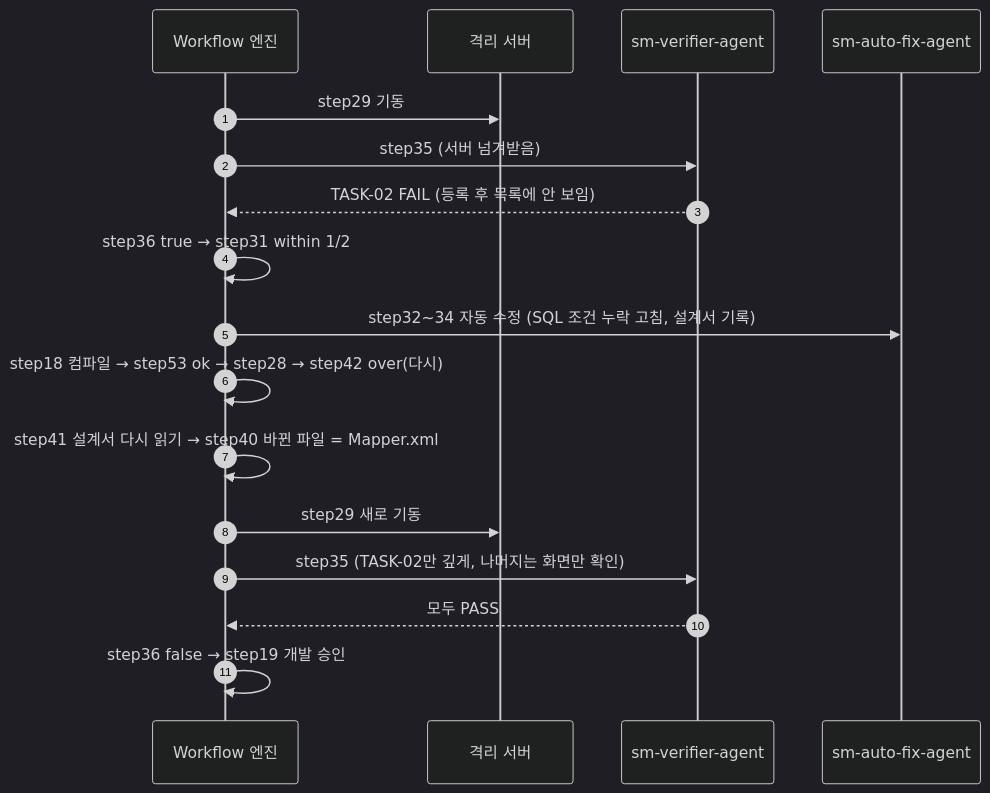
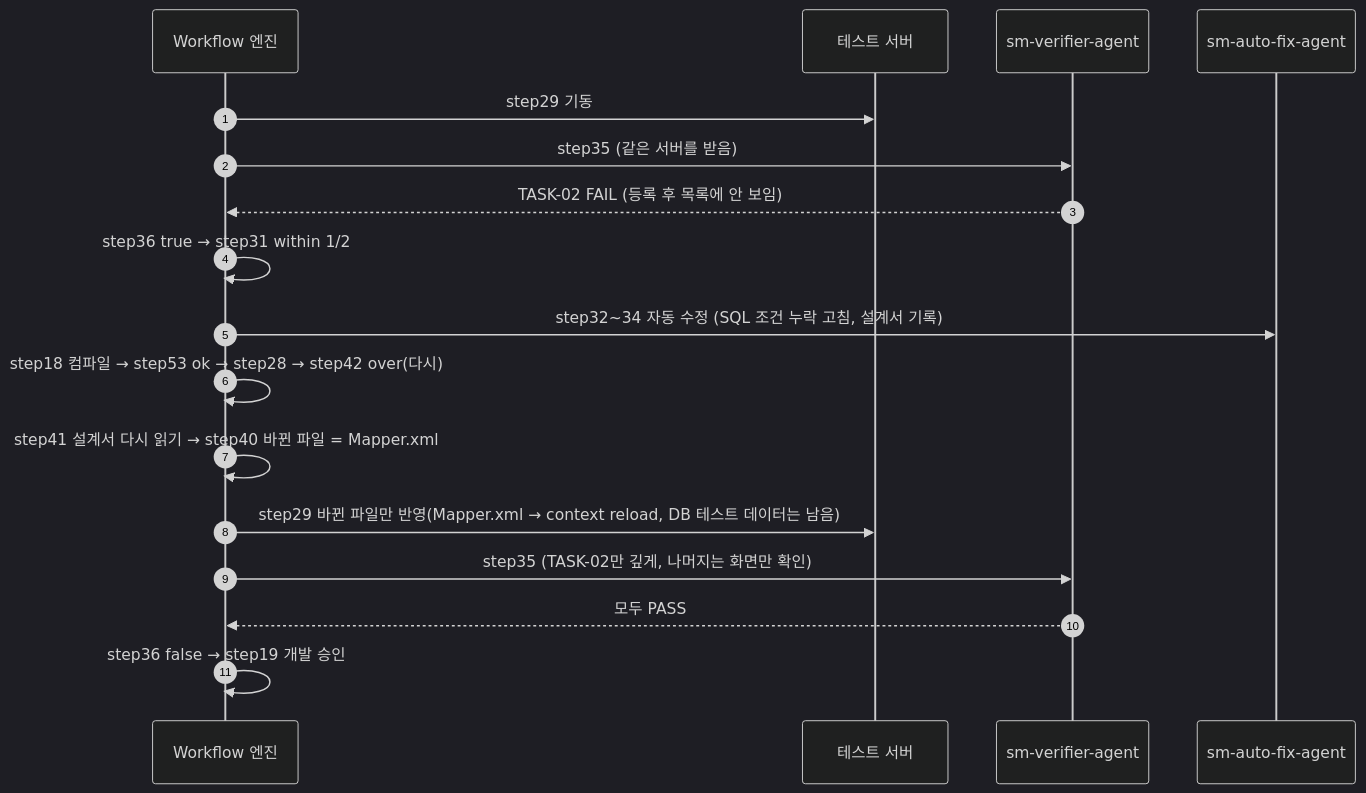
Diagram 23 of 24 in docs/09.dstone-ai-engine-sm-workflow.md (YongSoekChoeng/dstone), drawn with Mermaid (dark theme) before and after one commit. The commit also changed other lines of this file and 55 other files, not shown here.

````diff
--- a/docs/09.dstone-ai-engine-sm-workflow.md
+++ b/docs/09.dstone-ai-engine-sm-workflow.md
@@ -1678,19 +1671,19 @@
 ```mermaid
 sequenceDiagram
     autonumber
     participant WF as Workflow 엔진
-    participant SB as 격리 서버
+    participant SB as 테스트 서버
     participant VF as sm-verifier-agent
     participant FX as sm-auto-fix-agent
     WF->>SB: step29 기동
-    WF->>VF: step35 (서버 넘겨받음)
+    WF->>VF: step35 (같은 서버를 받음)
     VF-->>WF: TASK-02 FAIL (등록 후 목록에 안 보임)
     WF->>WF: step36 true → step31 within 1/2
     WF->>FX: step32~34 자동 수정 (SQL 조건 누락 고침, 설계서 기록)
     WF->>WF: step18 컴파일 → step53 ok → step28 → step42 over(다시)
     WF->>WF: step41 설계서 다시 읽기 → step40 바뀐 파일 = Mapper.xml
-    WF->>SB: step29 새로 기동
+    WF->>SB: step29 바뀐 파일만 반영(Mapper.xml → context reload, DB 테스트 데이터는 남음)
     WF->>VF: step35 (TASK-02만 깊게, 나머지는 화면만 확인)
     VF-->>WF: 모두 PASS
     WF->>WF: step36 false → step19 개발 승인
 ```
````
